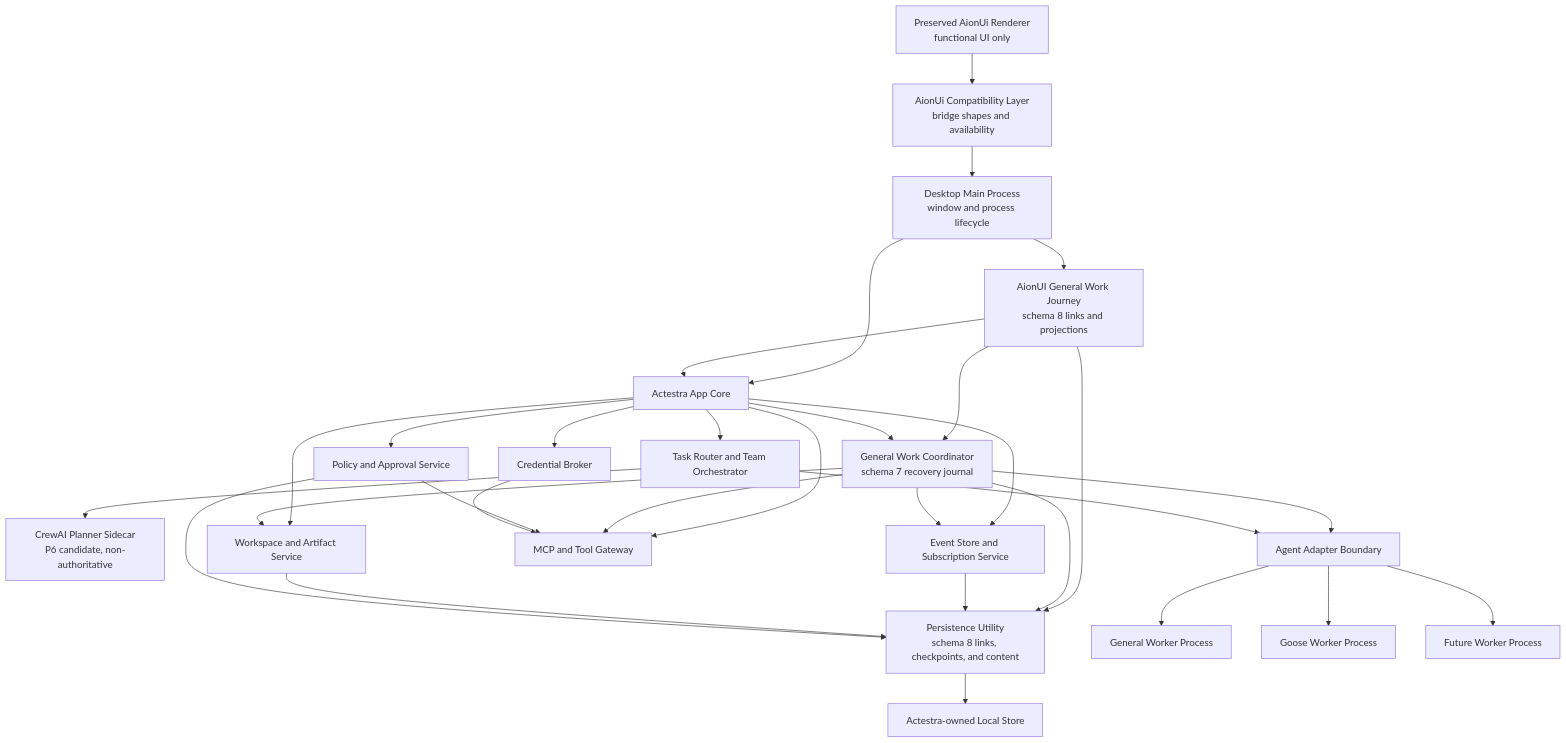
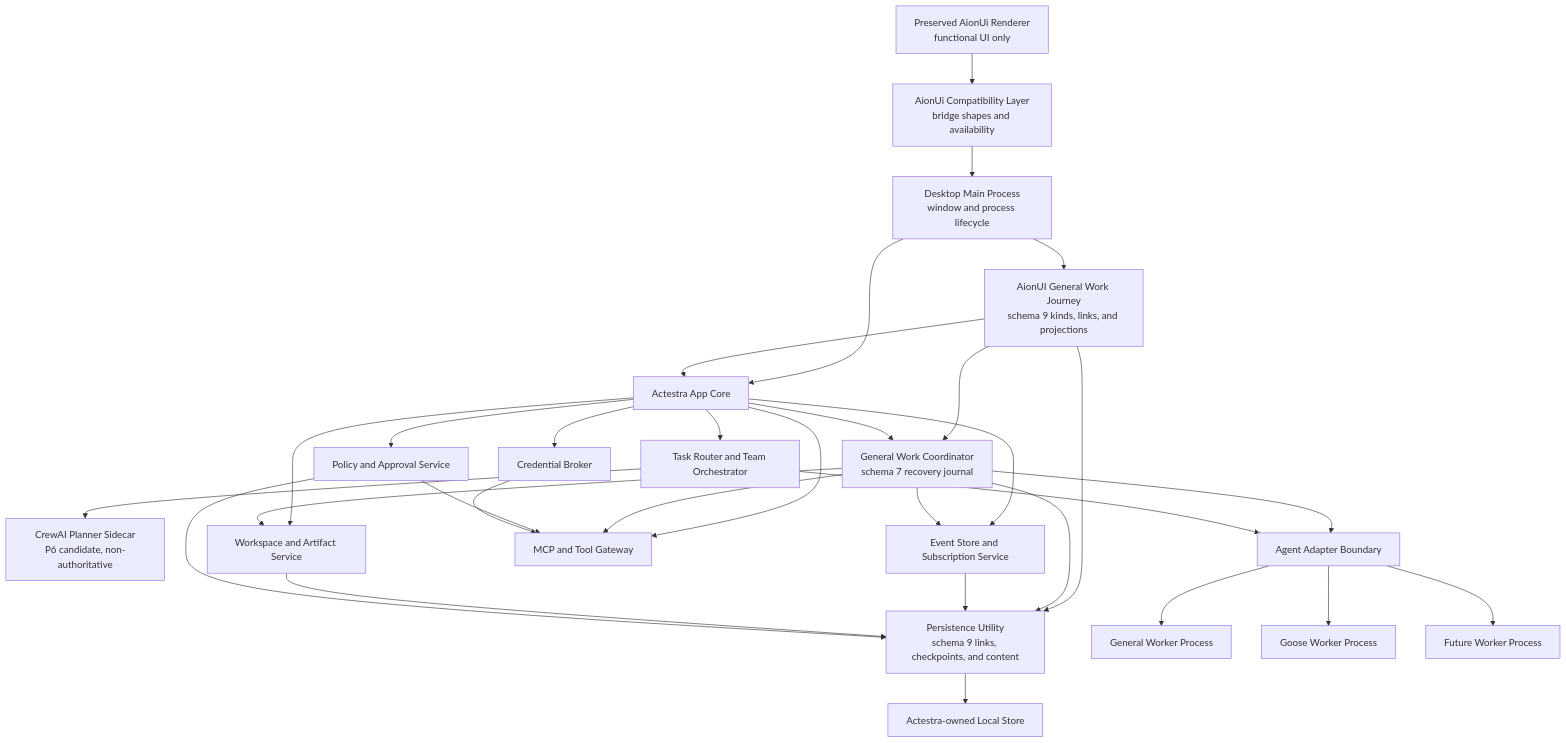
Before and after one commit to Ablankpaper/actestra-desktop: the diagram in docs/architecture/SYSTEM_OVERVIEW.md, drawn with Mermaid. The commit also changed other lines of this file and 36 other files, not shown here.

````diff
--- a/docs/architecture/SYSTEM_OVERVIEW.md
+++ b/docs/architecture/SYSTEM_OVERVIEW.md
@@ -16,53 +16,53 @@
 ```mermaid
 flowchart TD
     RENDERER["Preserved AionUi Renderer\nfunctional UI only"]
     COMPAT["AionUi Compatibility Layer\nbridge shapes and availability"]
     MAIN["Desktop Main Process\nwindow and process lifecycle"]
     CORE["Actestra App Core"]
-    JOURNEY["AionUI General Work Journey\nschema 8 links and projections"]
+    JOURNEY["AionUI General Work Journey\nschema 9 kinds, links, and projections"]
     RECOVERY["General Work Coordinator\nschema 7 recovery journal"]
     ROUTER["Task Router and Team Orchestrator"]
     PLANNER["CrewAI Planner Sidecar\nP6 candidate, non-authoritative"]
     POLICY["Policy and Approval Service"]
     EVENTS["Event Store and Subscription Service"]
     ARTIFACTS["Workspace and Artifact Service"]
     CREDS["Credential Broker"]
     TOOLS["MCP and Tool Gateway"]
-    PERSIST["Persistence Utility\nschema 8 links, checkpoints, and content"]
+    PERSIST["Persistence Utility\nschema 9 links, checkpoints, and content"]
     ADAPTERS["Agent Adapter Boundary"]
     GENERAL["General Worker Process"]
     GOOSE["Goose Worker Process"]
     FUTURE["Future Worker Process"]
     STORE["Actestra-owned Local Store"]
 
     RENDERER --> COMPAT
     COMPAT --> MAIN
     MAIN --> CORE
     MAIN --> JOURNEY
     JOURNEY --> CORE
     JOURNEY --> RECOVERY
     JOURNEY --> PERSIST
     CORE --> RECOVERY
     CORE --> ROUTER
     CORE --> POLICY
     CORE --> EVENTS
     CORE --> ARTIFACTS
     CORE --> CREDS
     CORE --> TOOLS
     RECOVERY --> EVENTS
     RECOVERY --> ARTIFACTS
     RECOVERY --> TOOLS
     RECOVERY --> ADAPTERS
     RECOVERY --> PERSIST
     ROUTER --> ADAPTERS
     ROUTER --> PLANNER
     ADAPTERS --> GENERAL
     ADAPTERS --> GOOSE
     ADAPTERS --> FUTURE
     POLICY --> TOOLS
     CREDS --> TOOLS
     EVENTS --> PERSIST
     ARTIFACTS --> PERSIST
     POLICY --> PERSIST
     PERSIST --> STORE
 ```
````
